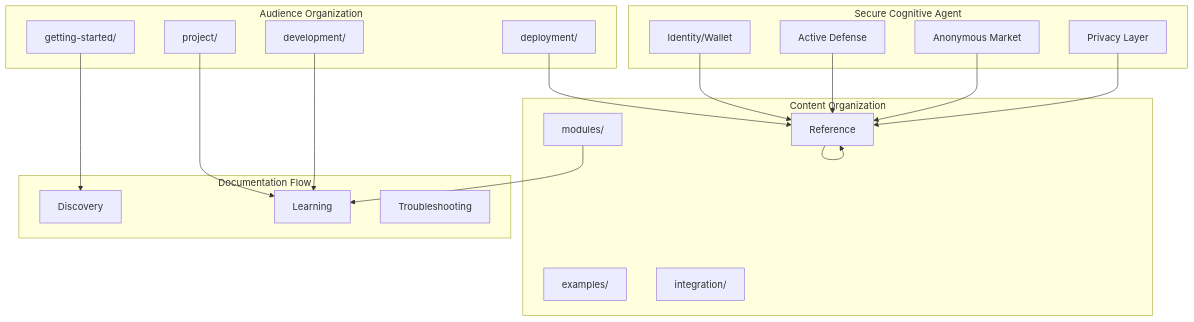
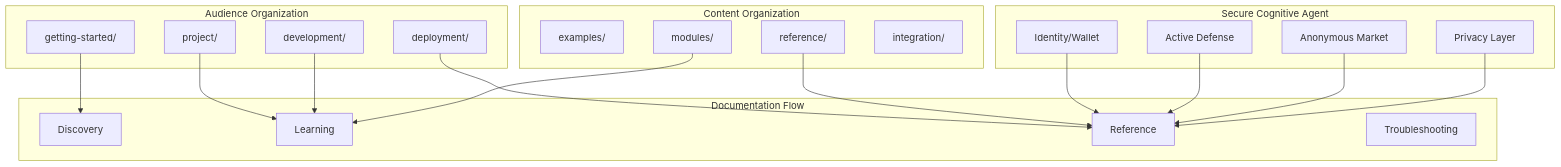
The diagram in docs/SPEC.md (docxology/codomyrmex), drawn with Mermaid before and after one commit. The commit also changed 30 other files, not shown here.

````diff
--- a/docs/SPEC.md
+++ b/docs/SPEC.md
@@ -55,42 +55,42 @@
 ```mermaid
 graph TD
     subgraph "Audience Organization"
         Users[getting-started/]
         Contributors[project/]
         Developers[development/]
         Admins[deployment/]
     end
 
     subgraph "Content Organization"
         Examples[examples/]
-        Reference[reference/]
+        ReferenceDir[reference/]
         Modules[modules/]
         Integration[integration/]
     end
 
     subgraph "Documentation Flow"
         Discovery[Discovery]
         Learning[Learning]
         Reference[Reference]
         Troubleshooting[Troubleshooting]
     end
 
     Users --> Discovery
     Contributors --> Learning
     Developers --> Learning
     Admins --> Reference
-    Reference --> Reference
+    ReferenceDir --> Reference
     Modules --> Learning
     
     subgraph "Secure Cognitive Agent"
         Identity[Identity/Wallet]
         Defense[Active Defense]
         Market[Anonymous Market]
         Privacy[Privacy Layer]
     end
     
     Identity --> Reference
     Defense --> Reference
     Market --> Reference
     Privacy --> Reference
 ```
````
